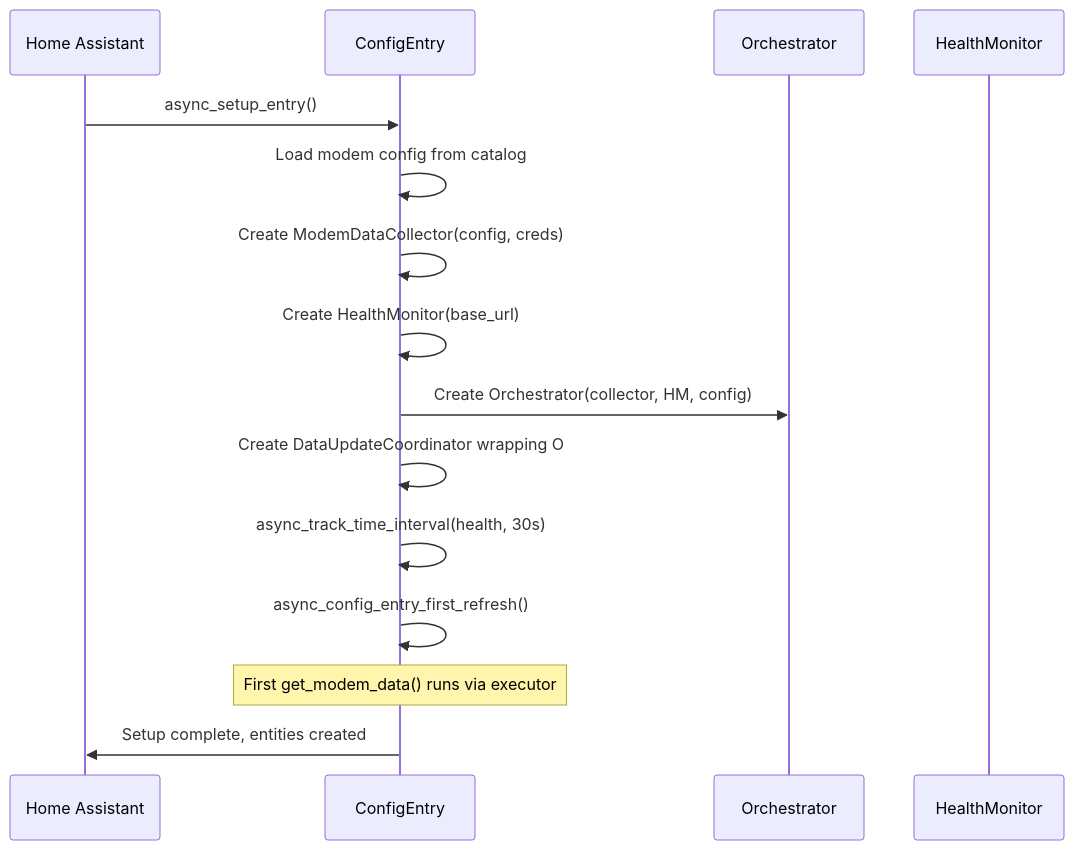
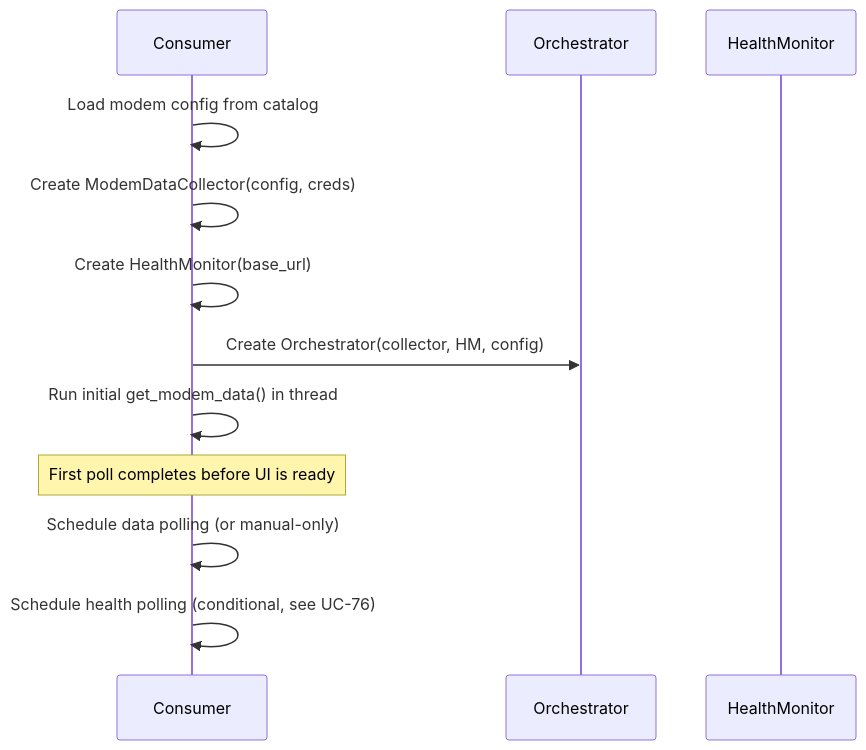
Before and after one commit to solentlabs/cable_modem_monitor: the first of 7 diagrams in packages/cable_modem_monitor_core/docs/ORCHESTRATION_USE_CASES.md, drawn with Mermaid. The commit also changed other lines of this file and 145 other files, not shown here.

````diff
--- a/packages/cable_modem_monitor_core/docs/ORCHESTRATION_USE_CASES.md
+++ b/packages/cable_modem_monitor_core/docs/ORCHESTRATION_USE_CASES.md
@@ -933,18 +935,15 @@
 ```mermaid
 sequenceDiagram
-    participant HA as Home Assistant
-    participant Entry as ConfigEntry
+    participant C as Consumer
     participant O as Orchestrator
     participant HM as HealthMonitor
 
-    HA->>Entry: async_setup_entry()
-    Entry->>Entry: Load modem config from catalog
-    Entry->>Entry: Create ModemDataCollector(config, creds)
-    Entry->>Entry: Create HealthMonitor(base_url)
-    Entry->>O: Create Orchestrator(collector, HM, config)
-    Entry->>Entry: Create DataUpdateCoordinator wrapping O
-    Entry->>Entry: async_track_time_interval(health, 30s)
-    Entry->>Entry: async_config_entry_first_refresh()
-    Note over Entry: First get_modem_data() runs via executor
-    Entry->>HA: Setup complete, entities created
+    C->>C: Load modem config from catalog
+    C->>C: Create ModemDataCollector(config, creds)
+    C->>C: Create HealthMonitor(base_url)
+    C->>O: Create Orchestrator(collector, HM, config)
+    C->>C: Run initial get_modem_data() in thread
+    Note over C: First poll completes before UI is ready
+    C->>C: Schedule data polling (or manual-only)
+    C->>C: Schedule health polling (conditional, see UC-76)
 ```
````
